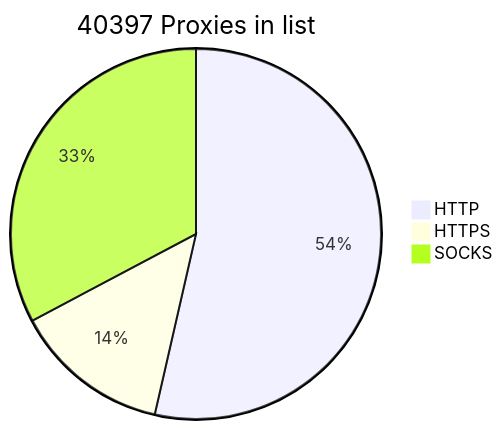
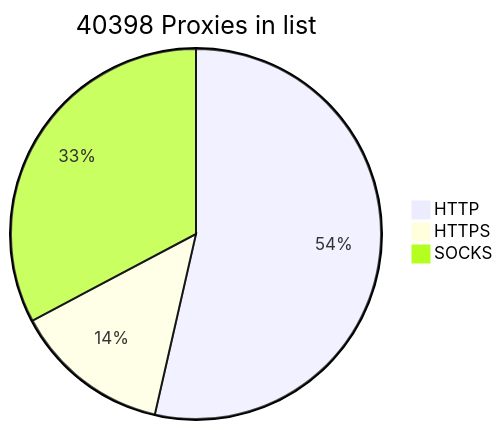
The diagram in README.md (BlackSnowDot/proxylist-update-every-minute), drawn with Mermaid before and after one commit.

````diff
--- a/README.md
+++ b/README.md
@@ -2,6 +2,6 @@
 ```mermaid
-pie title 40397 Proxies in list
-    "HTTP" : 24270
-    "HTTPS": 6195
-    "SOCKS" : 14834
+pie title 40398 Proxies in list
+    "HTTP" : 24266
+    "HTTPS": 6196
+    "SOCKS" : 14835
 ```
````
